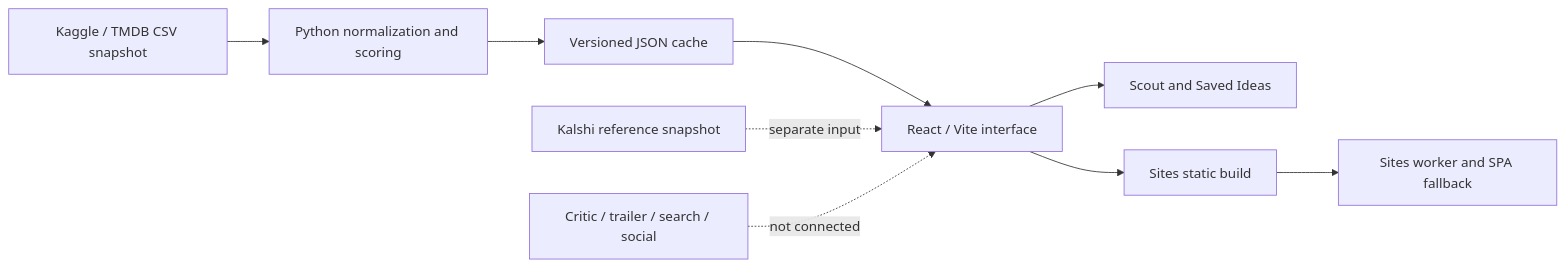
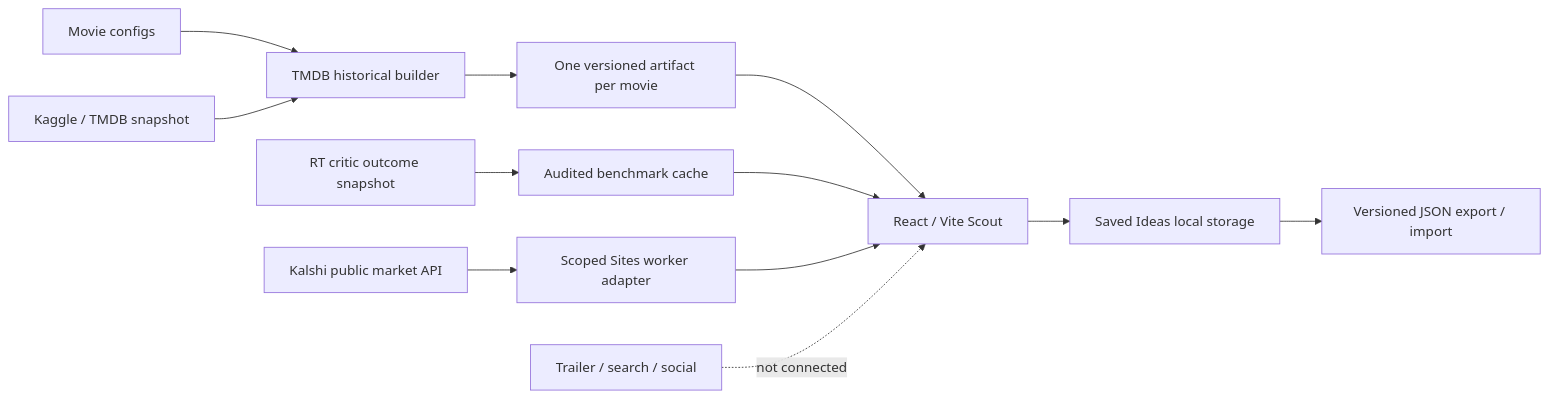
Before and after one commit to CheickDiakite-yikes/cutline-movie-market: the diagram in README.md, drawn with Mermaid. The commit also changed other lines of this file and 35 other files, not shown here.

````diff
--- a/README.md
+++ b/README.md
@@ -131,12 +149,15 @@
 ```mermaid
 flowchart LR
-    A[Kaggle / TMDB CSV snapshot] --> B[Python normalization and scoring]
-    B --> C[Versioned JSON cache]
-    C --> D[React / Vite interface]
-    D --> E[Scout and Saved Ideas]
-    D --> F[Sites static build]
-    F --> G[Sites worker and SPA fallback]
+    A[Movie configs] --> B[TMDB historical builder]
+    C[Kaggle / TMDB snapshot] --> B
+    B --> D[One versioned artifact per movie]
+    E[RT critic outcome snapshot] --> F[Audited benchmark cache]
+    D --> G[React / Vite Scout]
+    F --> G
+    H[Kalshi public market API] --> I[Scoped Sites worker adapter]
+    I --> G
+    G --> J[Saved Ideas local storage]
+    J --> K[Versioned JSON export / import]
 
-    H[Kalshi reference snapshot] -. separate input .-> D
-    I[Critic / trailer / search / social] -. not connected .-> D
+    L[Trailer / search / social] -. not connected .-> G
 ```
````
